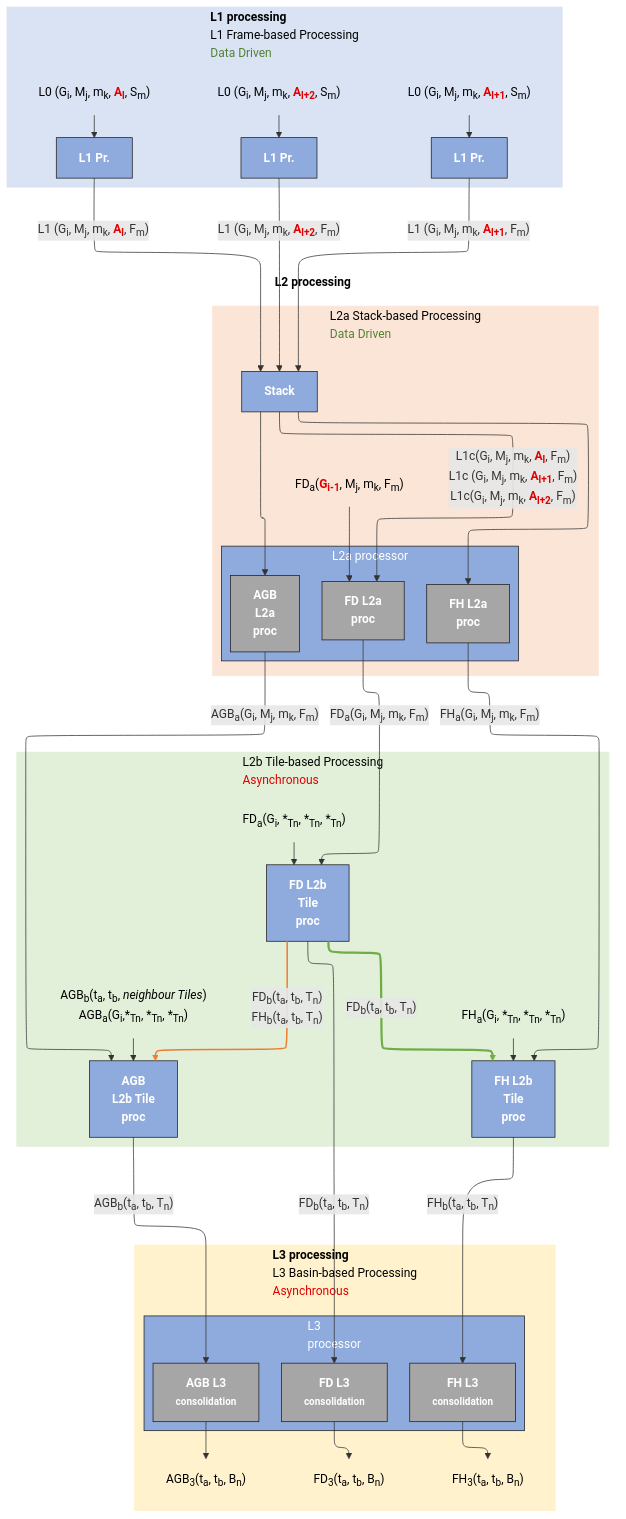
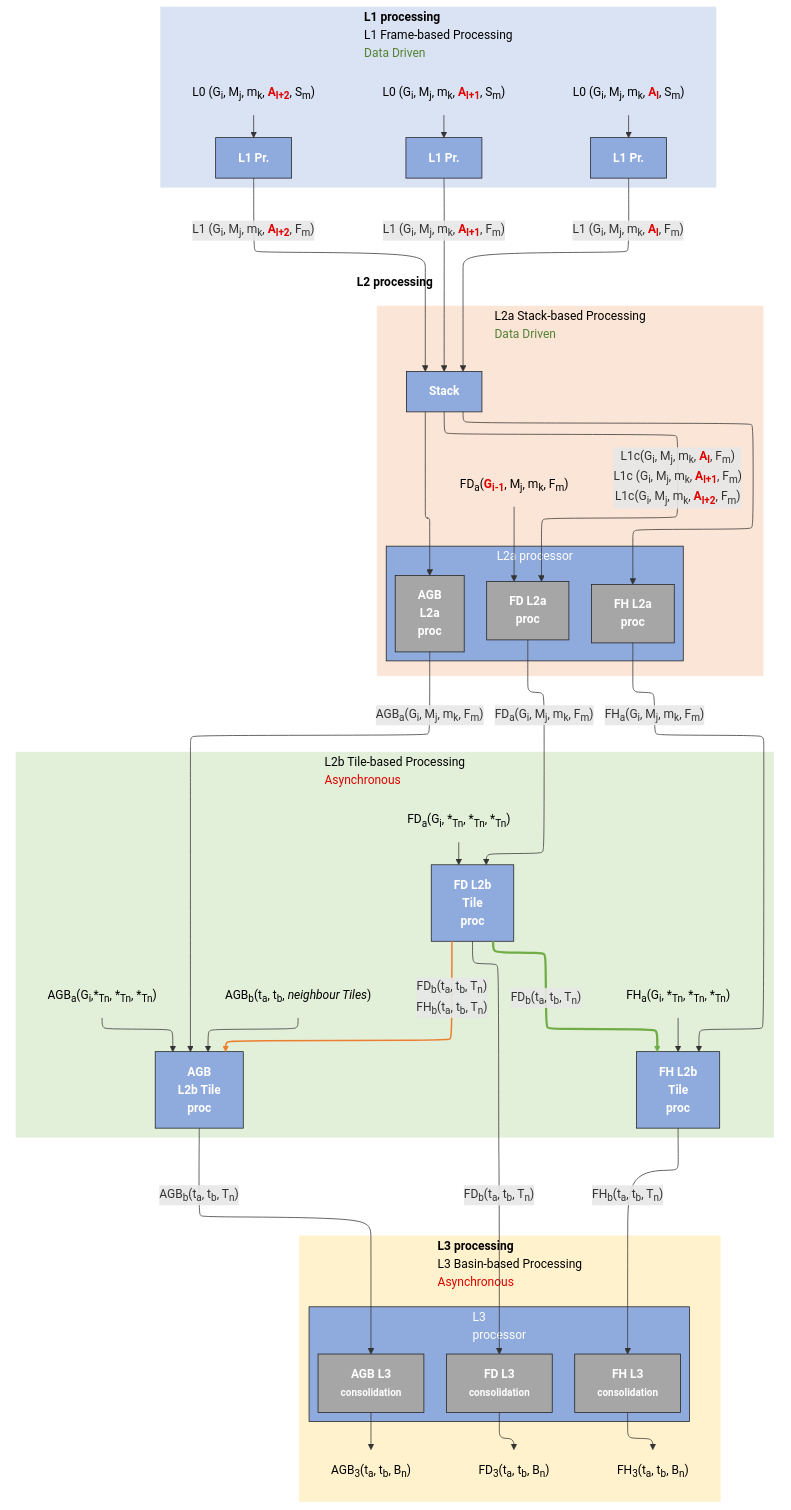
One commit to BioPAL/BPS changed the second of 3 diagrams in docs/science-guide/atbd-l1-stack/02-bps-and-stack-processor-overview.md. Above: the diagram before and after it, drawn with Mermaid. The commit also changed other lines of this file and 5 other files, not shown here.

````diff
--- a/docs/science-guide/atbd-l1-stack/02-bps-and-stack-processor-overview.md
+++ b/docs/science-guide/atbd-l1-stack/02-bps-and-stack-processor-overview.md
@@ -124,7 +126,7 @@
 ```{mermaid}
 %%{init: {"theme": "default", "layout": "elk", "elk": {"nodePlacementStrategy": "NETWORK_SIMPLEX"}, "flowchart": {"diagramPadding": 4, "subGraphTitleMargin": {"top": 2, "bottom": 2}}}}%%
 flowchart TB
-  accTitle: Biomass high-level processing scheme from L0 data to L3 products, INT phase
+  accTitle: Biomass high-level processing scheme from L0 data to L3 products, INT phase.
   accDescr: Three stages, L1, L2 and L3 processing, in four lanes drawn side by side from left to right in the original and here from top to bottom. L1 Frame-based Processing (Data Driven): the L0 frames (G_i, M_j, m_k, A_l, S_m), A_l+1 and A_l+2 each go through an L1 Pr. step, giving L1 (G_i, M_j, m_k, A_l, F_m), A_l+1 and A_l+2. L2a Stack-based Processing (Data Driven): the L1 frames are stacked; the stack, L1c(G_i, M_j, m_k, A_l, F_m), A_l+1 and A_l+2, feeds the FD L2a proc, FH L2a proc and AGB L2a proc steps of the L2a processor; FD L2a proc also takes FD_a(G_i-1, M_j, m_k, F_m). L2b Tile-based Processing (Asynchronous): FD_a(G_i, M_j, m_k, F_m) and FD_a(G_i, *Tn, *Tn, *Tn) feed the FD L2b Tile proc, whose FD_b(t_a, t_b, T_n) goes to the FH L2b Tile proc and, with FH_b(t_a, t_b, T_n), to the AGB L2b Tile proc. FH_a(G_i, M_j, m_k, F_m) and FH_a(G_i, *Tn, *Tn, *Tn) feed the FH L2b Tile proc; AGB_a(G_i, M_j, m_k, F_m), AGB_b(t_a, t_b, neighbour Tiles) and AGB_a(G_i, *Tn, *Tn, *Tn) feed the AGB L2b Tile proc. L3 Basin-based Processing (Asynchronous): FD_b, FH_b and AGB_b(t_a, t_b, T_n) go to the FD L3, FH L3 and AGB L3 consolidation steps of the L3 processor, which output FD_3, FH_3 and AGB_3(t_a, t_b, B_n).
 
   %% Colours of the original figure. Each class sets its text colour too, so it
@@ -159,7 +161,8 @@
     subgraph L2B["L2b Tile-based Processing<br/><span style='color:#e00000'>Asynchronous</span>"]
       fdin["FD<sub>a</sub>(G<sub>i</sub>, *<sub>Tn</sub>, *<sub>Tn</sub>, *<sub>Tn</sub>)"]:::data
       fhin["FH<sub>a</sub>(G<sub>i</sub>, *<sub>Tn</sub>, *<sub>Tn</sub>, *<sub>Tn</sub>)"]:::data
-      agbin["AGB<sub>b</sub>(t<sub>a</sub>, t<sub>b</sub>, <i>neighbour Tiles</i>)<br/>AGB<sub>a</sub>(G<sub>i</sub>,*<sub>Tn</sub>, *<sub>Tn</sub>, *<sub>Tn</sub>)"]:::data
+      agbinb["AGB<sub>b</sub>(t<sub>a</sub>, t<sub>b</sub>, <i>neighbour Tiles</i>)"]:::data
+      agbina["AGB<sub>a</sub>(G<sub>i</sub>,*<sub>Tn</sub>, *<sub>Tn</sub>, *<sub>Tn</sub>)"]:::data
       fdb["FD L2b<br/>Tile<br/>proc"]:::step
       fhb["FH L2b<br/>Tile<br/>proc"]:::step
       agbb["AGB<br/>L2b Tile<br/>proc"]:::step
@@ -192,7 +195,7 @@
   agba -- "AGB<sub>a</sub>(G<sub>i</sub>, M<sub>j</sub>, m<sub>k</sub>, F<sub>m</sub>)" --> agbb
   fdin --> fdb
   fhin --> fhb
-  agbin --> agbb
+  agbinb --> agbb
   fdb == "FD<sub>b</sub>(t<sub>a</sub>, t<sub>b</sub>, T<sub>n</sub>)" ==> fhb
   fdb -- "FD<sub>b</sub>(t<sub>a</sub>, t<sub>b</sub>, T<sub>n</sub>)<br/>FH<sub>b</sub>(t<sub>a</sub>, t<sub>b</sub>, T<sub>n</sub>)" --> agbb
   fdb -- "FD<sub>b</sub>(t<sub>a</sub>, t<sub>b</sub>, T<sub>n</sub>)" --> fd3
@@ -201,6 +204,7 @@
   fd3 --> fdout
   fh3 --> fhout
   agb3 --> agbout
+  agbina --> agbb
 
   %% lane colours (fill and text colour: readable in both site themes)
   style L2P fill:none,stroke:none,color:#000000
````
